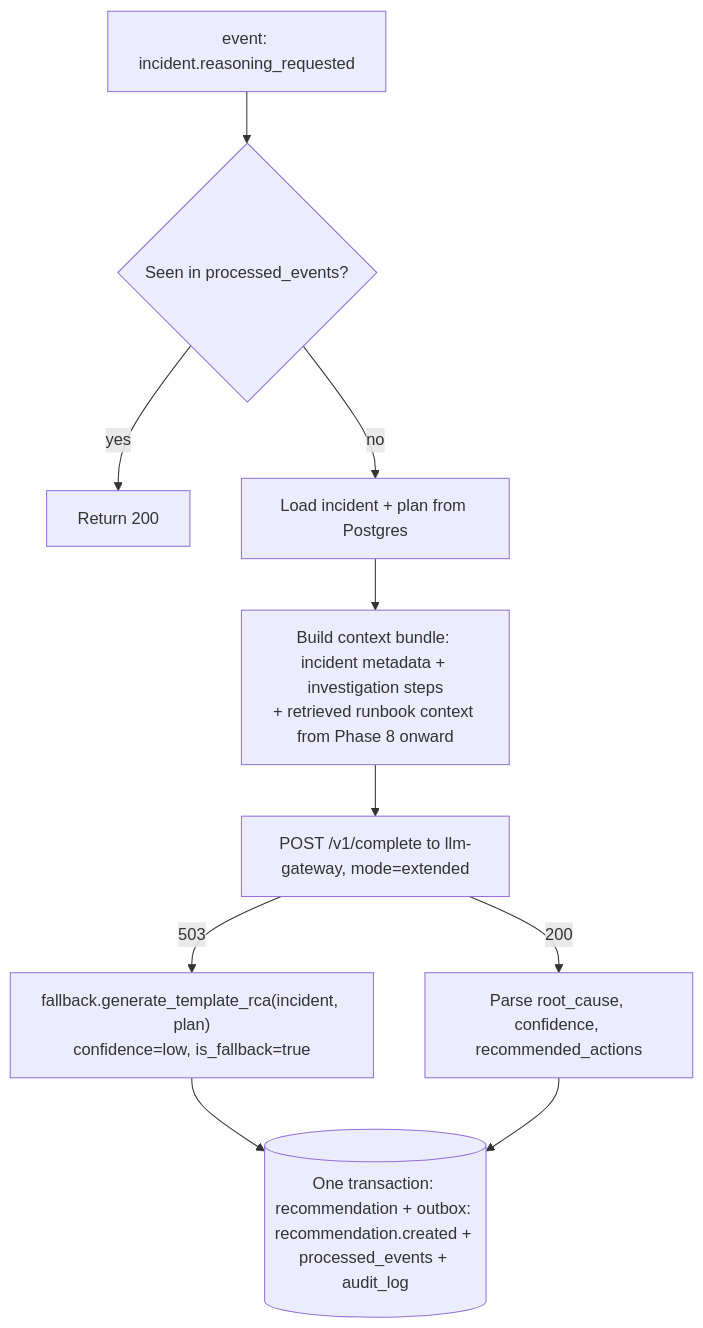
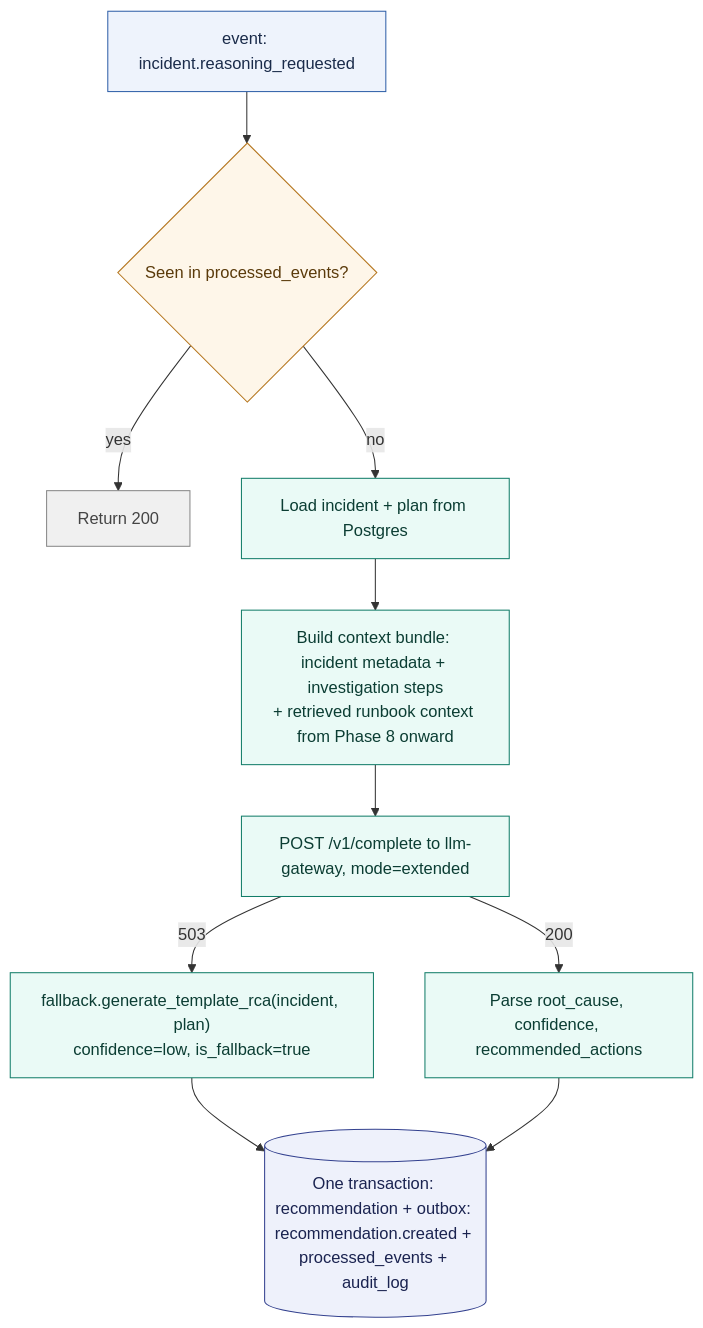
Before and after one commit to k-kohli10/radar-system: the fourth of 4 diagrams in docs/architecture/agent-pipeline.md, drawn with Mermaid. The commit also changed other lines of this file and 3 other files, not shown here.

First line of the commit message:
docs: polish architecture diagrams and clarify supporting-service framing

````diff
--- a/docs/architecture/agent-pipeline.md
+++ b/docs/architecture/agent-pipeline.md
@@ -103,12 +134,24 @@
 ```mermaid
 flowchart TD
     A[event: incident.reasoning_requested] --> B{Seen in processed_events?}
     B -- yes --> R200[Return 200]
     B -- no --> C[Load incident + plan from Postgres]
     C --> D[Build context bundle: incident metadata + investigation steps<br/>+ retrieved runbook context from Phase 8 onward]
     D --> E["POST /v1/complete to llm-gateway, mode=extended"]
     E -- 503 --> F["fallback.generate_template_rca(incident, plan)<br/>confidence=low, is_fallback=true"]
     E -- 200 --> G[Parse root_cause, confidence, recommended_actions]
     F --> H[(One transaction: recommendation + outbox: recommendation.created + processed_events + audit_log)]
     G --> H
+
+    classDef event fill:#eef3fc,stroke:#2f5fa8,color:#1a2b4a;
+    classDef decision fill:#fef6e9,stroke:#b5761f,color:#5a3a0a;
+    classDef action fill:#eafaf6,stroke:#127d69,color:#0b3d33;
+    classDef terminal fill:#f0f0f0,stroke:#888888,color:#444444;
+    classDef commit fill:#eef1fb,stroke:#33418f,color:#1a2350;
+
+    class A event
+    class B decision
+    class C,D,E,F,G action
+    class R200 terminal
+    class H commit
 ```
````
